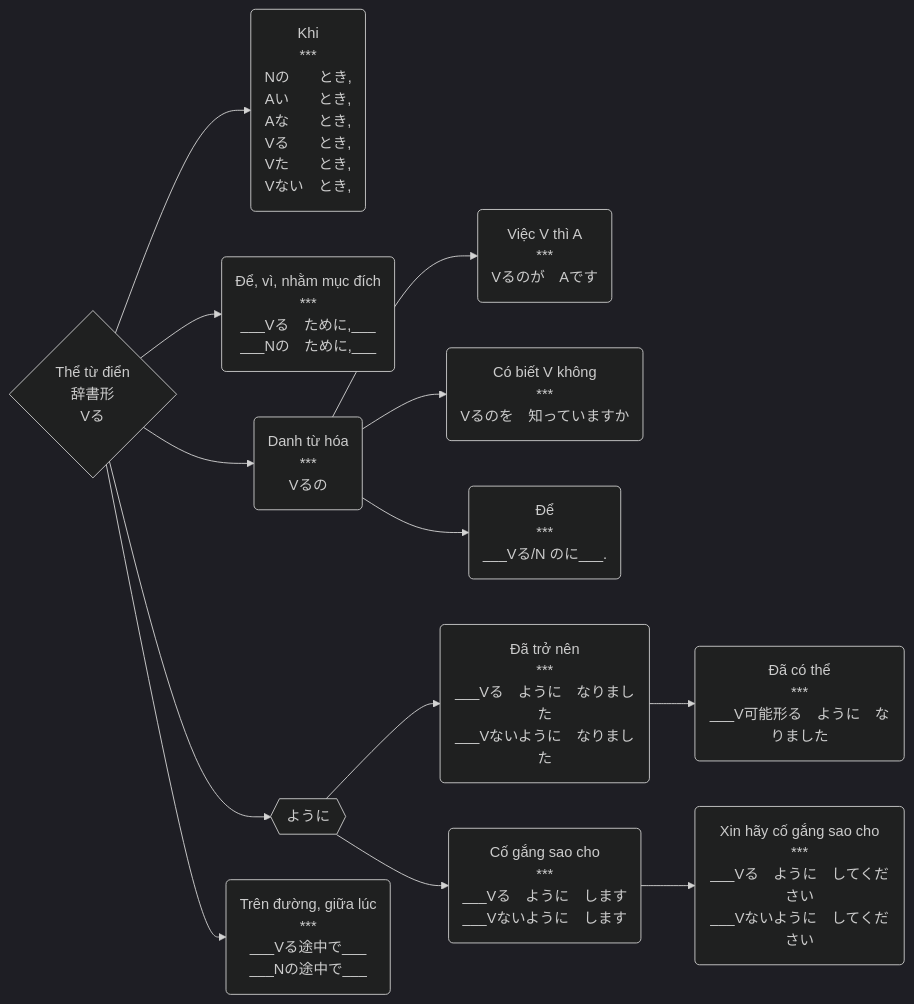
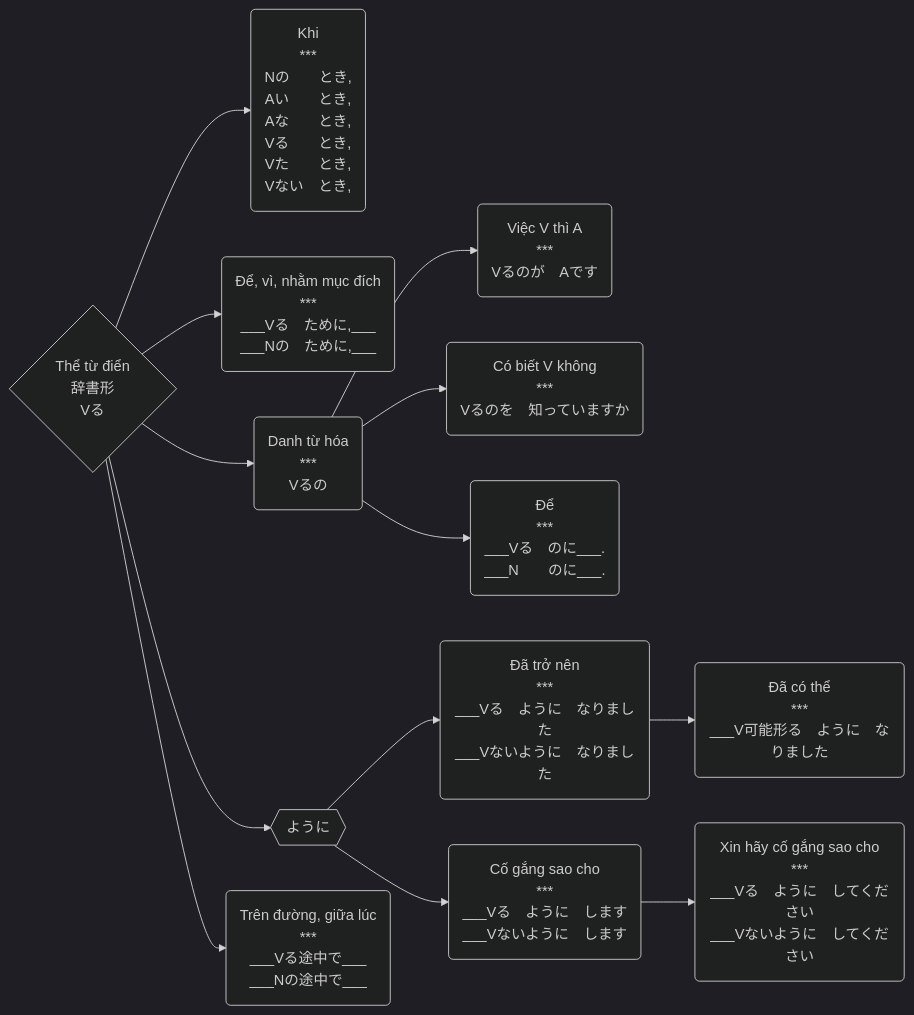
The diagram in The/辞書形.md (tea1504/learn), drawn with Mermaid (dark theme) before and after one commit. The commit also changed 12 other files, not shown here.

````diff
--- a/The/辞書形.md
+++ b/The/辞書形.md
@@ -1,18 +1,18 @@
 ```mermaid
 graph LR;
     V{Thể từ điển\n辞書形\nVる}
 
     V-->khi(Khi\n***\nNの　　とき,\nAい　　とき,\nAな　　とき,\nVる　　とき,\nVた　　とき,\nVない　とき,)
     V-->nhamMucDich(Để, vì, nhằm mục đích\n***\n___Vる　ために,___\n___Nの　ために,___)
     V-->danhTuHoa(Danh từ hóa\n***\nVるの)
 
     danhTuHoa-->viecVthiAGa(Việc V thì A\n***\nVるのが　Aです)
     danhTuHoa-->coBietVKhong(Có biết V không\n***\nVるのを　知っていますか)
-    danhTuHoa-->de(Để\n***\n___Vる/N のに___.)
+    danhTuHoa-->de(Để\n***\n___Vる　のに___.\n___N　　のに___.)
     V-->youni{{ように}}
     youni-->daTroNen(Đã trở nên\n***\n___Vる　ように　なりました\n___Vないように　なりました)
     daTroNen-->daCoThe(Đã có thể\n***\n___V可能形る　ように　なりました)
     V-->trenDuongGiuaLuc(Trên đường, giữa lúc\n***\n___Vる途中で___\n___Nの途中で___)
     youni-->coGangSaoCho(Cố gắng sao cho\n***\n___Vる　ように　します\n___Vないように　します)
     coGangSaoCho-->xinHayCoGangSaoCho(Xin hãy cố gắng sao cho\n***\n___Vる　ように　してください\n___Vないように　してください)
 ```
````
